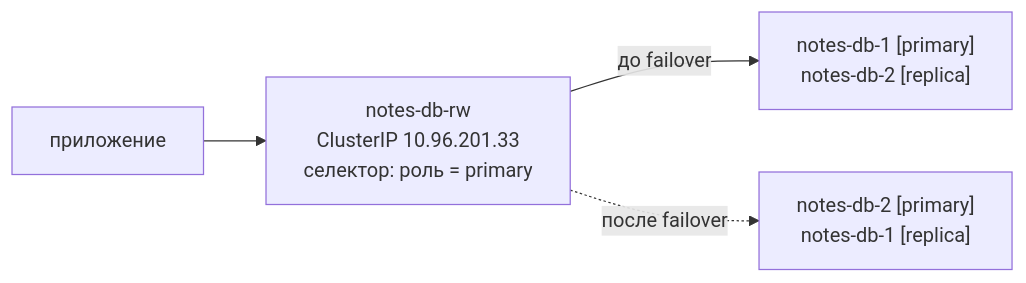
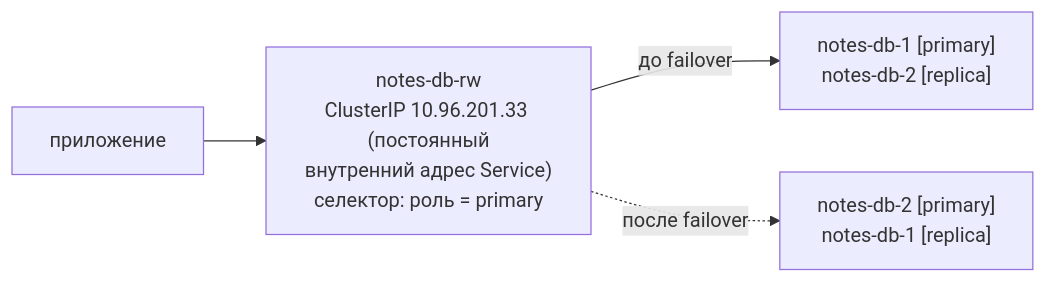
The third of 6 diagrams in devops/09-secrets-gitops/05-cnpg.md (distinguished-sre/learning), drawn with Mermaid before and after one commit. The commit also changed other lines of this file and 462 other files, not shown here.

````diff
--- a/devops/09-secrets-gitops/05-cnpg.md
+++ b/devops/09-secrets-gitops/05-cnpg.md
@@ -215,6 +215,6 @@
 ```mermaid
 flowchart LR
-    APP["приложение"] --> SVC["notes-db-rw<br>ClusterIP 10.96.201.33<br>селектор: роль = primary"]
+    APP["приложение"] --> SVC["notes-db-rw<br>ClusterIP 10.96.201.33 (постоянный<br>внутренний адрес Service)<br>селектор: роль = primary"]
     SVC -->|"до failover"| A["notes-db-1 [primary]<br>notes-db-2 [replica]"]
     SVC -.->|"после failover"| B["notes-db-2 [primary]<br>notes-db-1 [replica]"]
 ```
````
